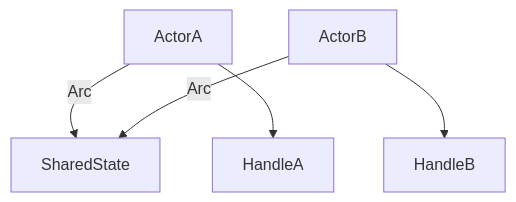
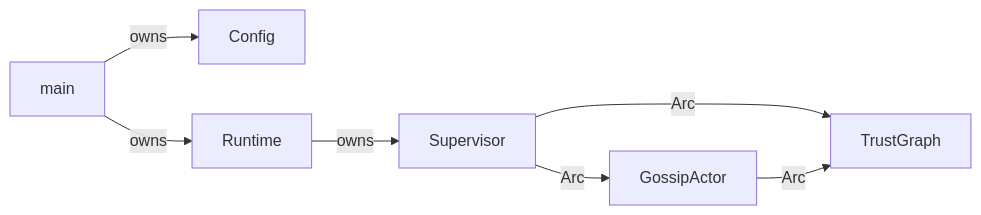
The first of 3 diagrams in docs/onboarding/modules/module-01-rust-fundamentals.md (InterCooperative-Network/icn), drawn with Mermaid before and after one commit. The commit also changed other lines of this file and 9 other files, not shown here.

````diff
--- a/docs/onboarding/modules/module-01-rust-fundamentals.md
+++ b/docs/onboarding/modules/module-01-rust-fundamentals.md
@@ -29,7 +487,9 @@
 ```mermaid
-flowchart TD
-  actorA[ActorA] -->|Arc<RwLock>| shared[SharedState]
-  actorB[ActorB] -->|Arc<RwLock>| shared
-  actorA --> handleA[HandleA]
-  actorB --> handleB[HandleB]
+flowchart LR
+    main[main] -->|owns| config[Config]
+    main -->|owns| runtime[Runtime]
+    runtime -->|owns| supervisor[Supervisor]
+    supervisor -->|Arc| trust[TrustGraph]
+    supervisor -->|Arc| gossip[GossipActor]
+    gossip -->|Arc| trust
 ```
````
